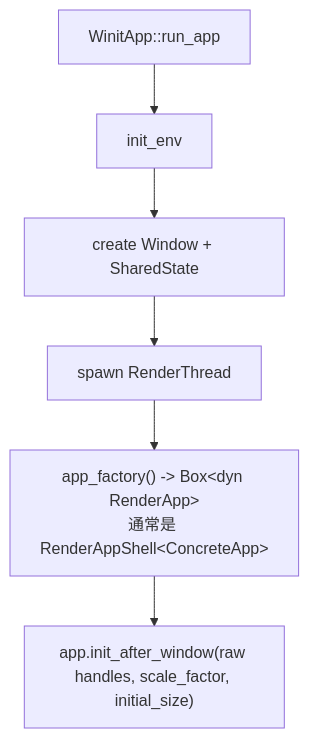
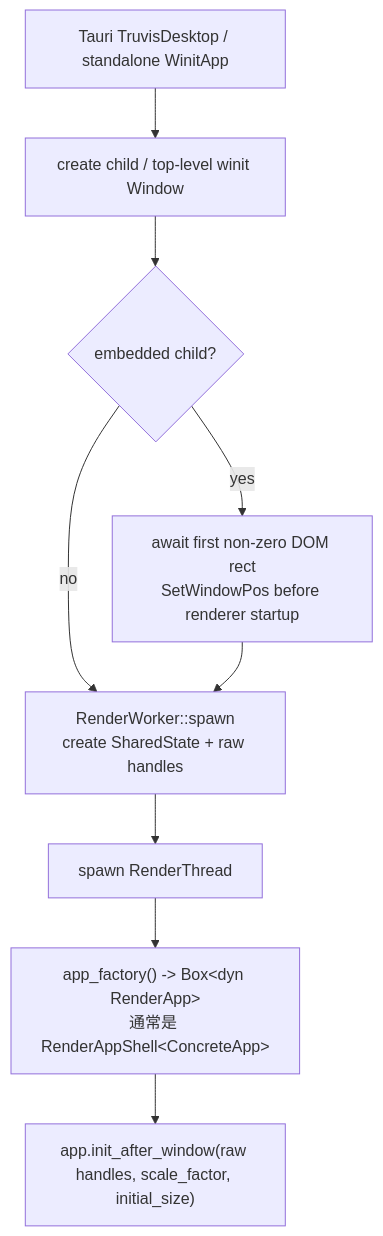
One commit to acccoco/TruvisRenderer changed the second of 5 diagrams in docs/summaries/frame-lifecycle.md. Above: the diagram before and after it, drawn with Mermaid. The commit also changed other lines of this file and 39 other files, not shown here.

````diff
--- a/docs/summaries/frame-lifecycle.md
+++ b/docs/summaries/frame-lifecycle.md
@@ -48,8 +49,11 @@
 ```mermaid
 flowchart TD
-    RunApp["WinitApp::run_app"] --> InitEnv["init_env"]
-    InitEnv --> CreateWindow["create Window + SharedState"]
-    CreateWindow --> SpawnThread["spawn RenderThread"]
+    Entry["Tauri TruvisDesktop / standalone WinitApp"] --> CreateWindow["create child / top-level winit Window"]
+    CreateWindow --> InitialSize{"embedded child?"}
+    InitialSize -->|"yes"| AwaitDom["await first non-zero DOM rect<br/>SetWindowPos before renderer startup"]
+    InitialSize -->|"no"| Worker["RenderWorker::spawn<br/>create SharedState + raw handles"]
+    AwaitDom --> Worker
+    Worker --> SpawnThread["spawn RenderThread"]
     SpawnThread --> AppFactory["app_factory() -> Box&lt;dyn RenderApp&gt;<br/>通常是 RenderAppShell&lt;ConcreteApp&gt;"]
     AppFactory --> InitAfterWindow["app.init_after_window(raw handles, scale_factor, initial_size)"]
 ```
````
